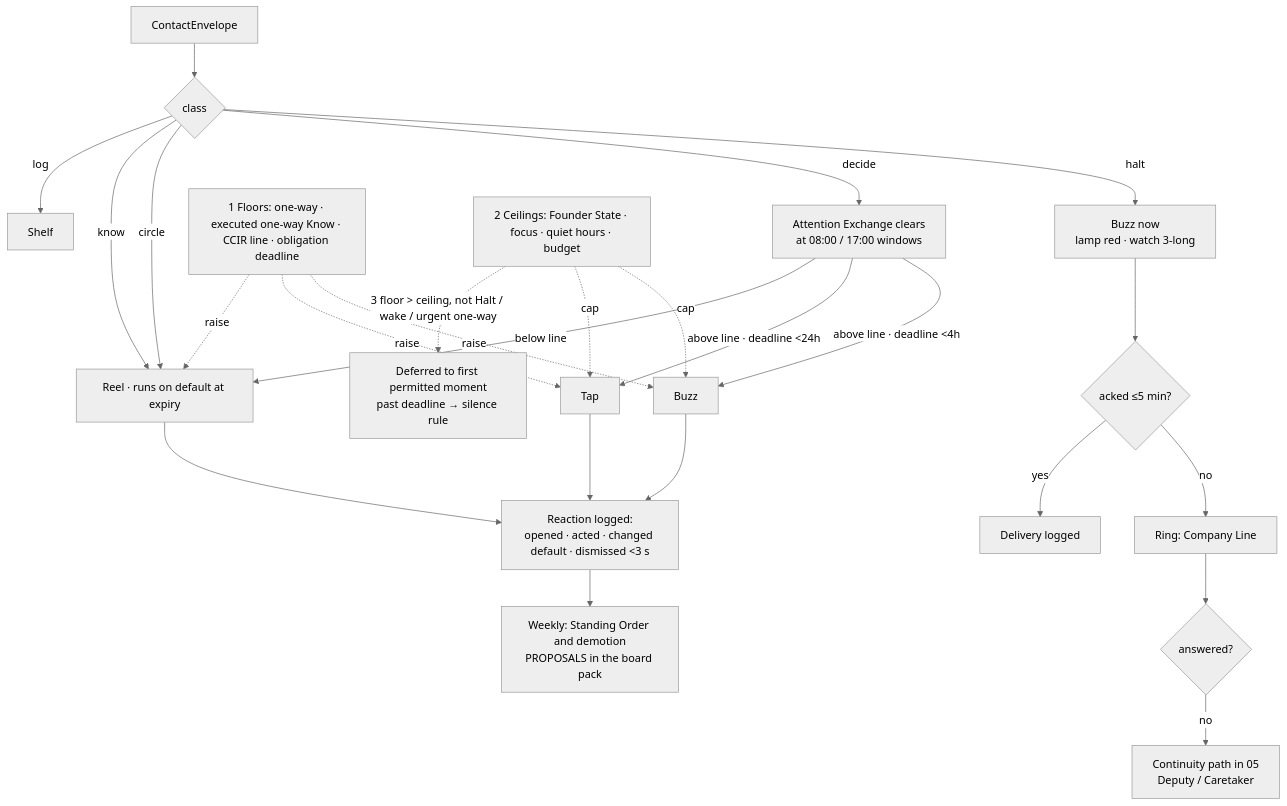
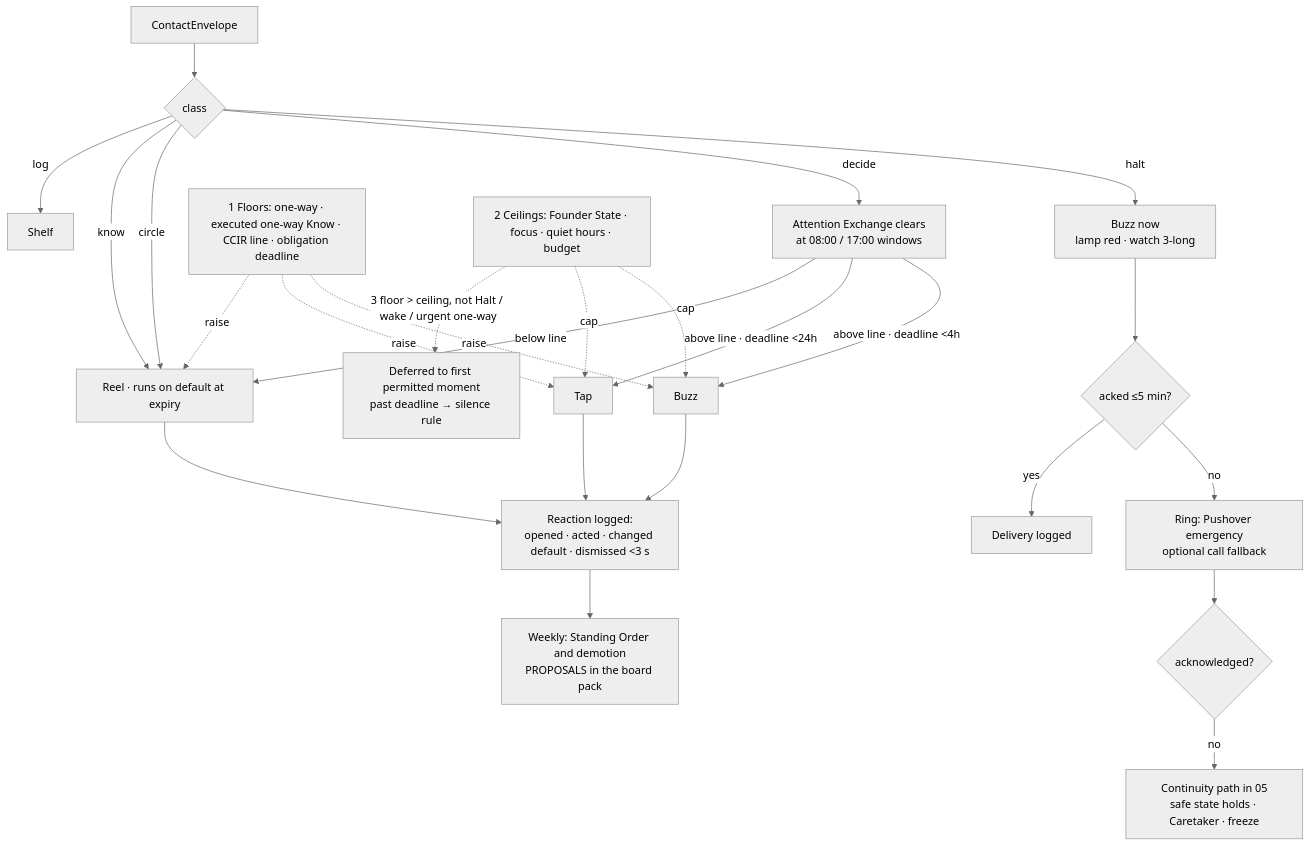
One commit to Adam077K/agentvibe changed the second of 5 diagrams in docs/vision-v3/08-SURFACES.md. Above: the diagram before and after it, drawn with Mermaid (neutral theme). The commit also changed other lines of this file and 15 other files, not shown here.

````diff
--- a/docs/vision-v3/08-SURFACES.md
+++ b/docs/vision-v3/08-SURFACES.md
@@ -214,20 +237,20 @@
 ```mermaid
 flowchart TD
   ENV[ContactEnvelope] --> CL{class}
   CL -- halt --> HB[Buzz now<br/>lamp red · watch 3-long] --> ACK{acked ≤5 min?}
-  ACK -- no --> RING[Ring: Company Line] --> ACK2{answered?}
-  ACK2 -- no --> DEP[Continuity path in 05<br/>Deputy / Caretaker]
+  ACK -- no --> RING[Ring: Pushover emergency<br/>optional call fallback] --> ACK2{acknowledged?}
+  ACK2 -- no --> DEP[Continuity path in 05<br/>safe state holds · Caretaker · freeze]
   ACK -- yes --> LOG1[Delivery logged]
   CL -- decide --> EX[Attention Exchange clears<br/>at 08:00 / 17:00 windows]
   EX -->|above line · deadline <4h| BUZZ[Buzz]
   EX -->|above line · deadline <24h| TAP[Tap]
   EX -->|below line| REEL[Reel · runs on default at expiry]
   CL -- circle --> REEL
   CL -- know --> REEL
   CL -- log --> SHELF[Shelf]
   FL[1 Floors: one-way · executed one-way Know · CCIR line · obligation deadline] -. raise .-> BUZZ & TAP & REEL
   FS[2 Ceilings: Founder State · focus · quiet hours · budget] -. cap .-> BUZZ & TAP
   FS -. 3 floor > ceiling, not Halt / wake / urgent one-way .-> DEF[Deferred to first permitted moment<br/>past deadline → silence rule]
   BUZZ & TAP & REEL --> RX[Reaction logged:<br/>opened · acted · changed default · dismissed <3 s]
   RX --> SO[Weekly: Standing Order and demotion<br/>PROPOSALS in the board pack]
 ```
````
